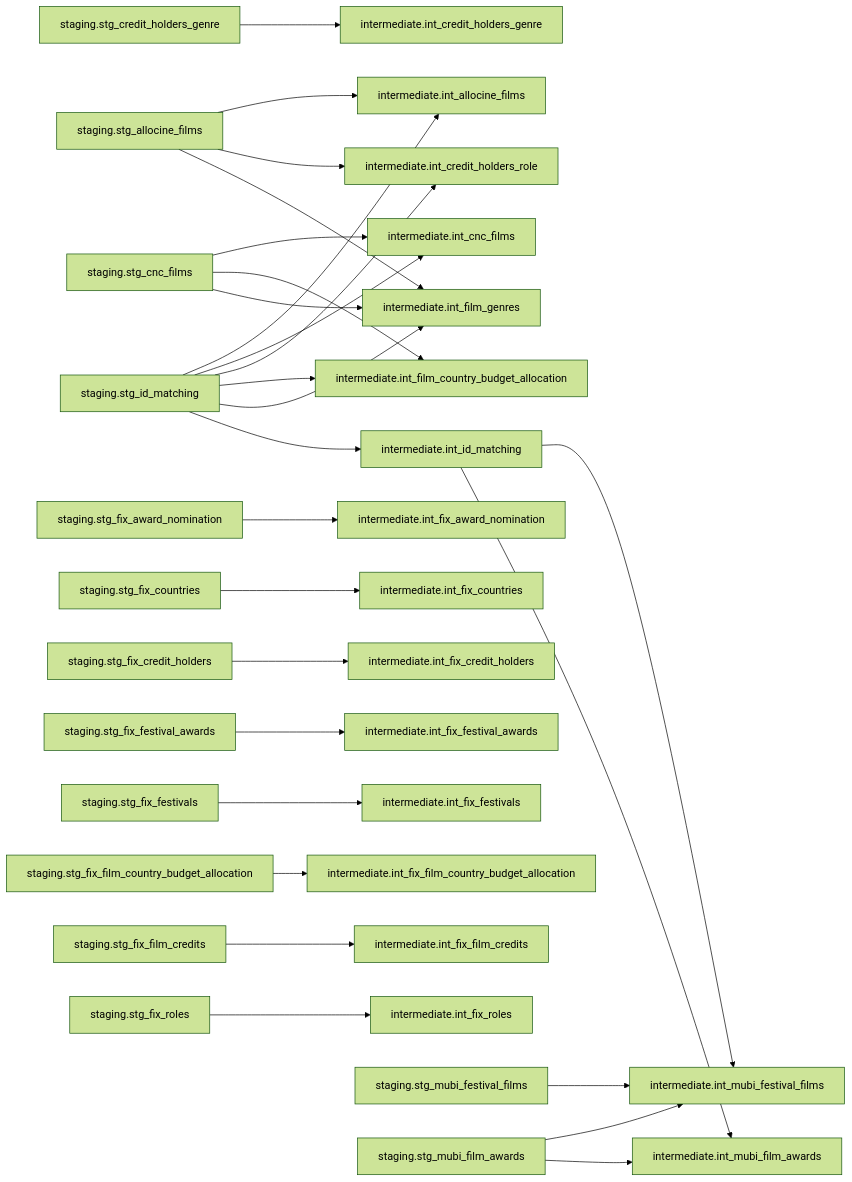
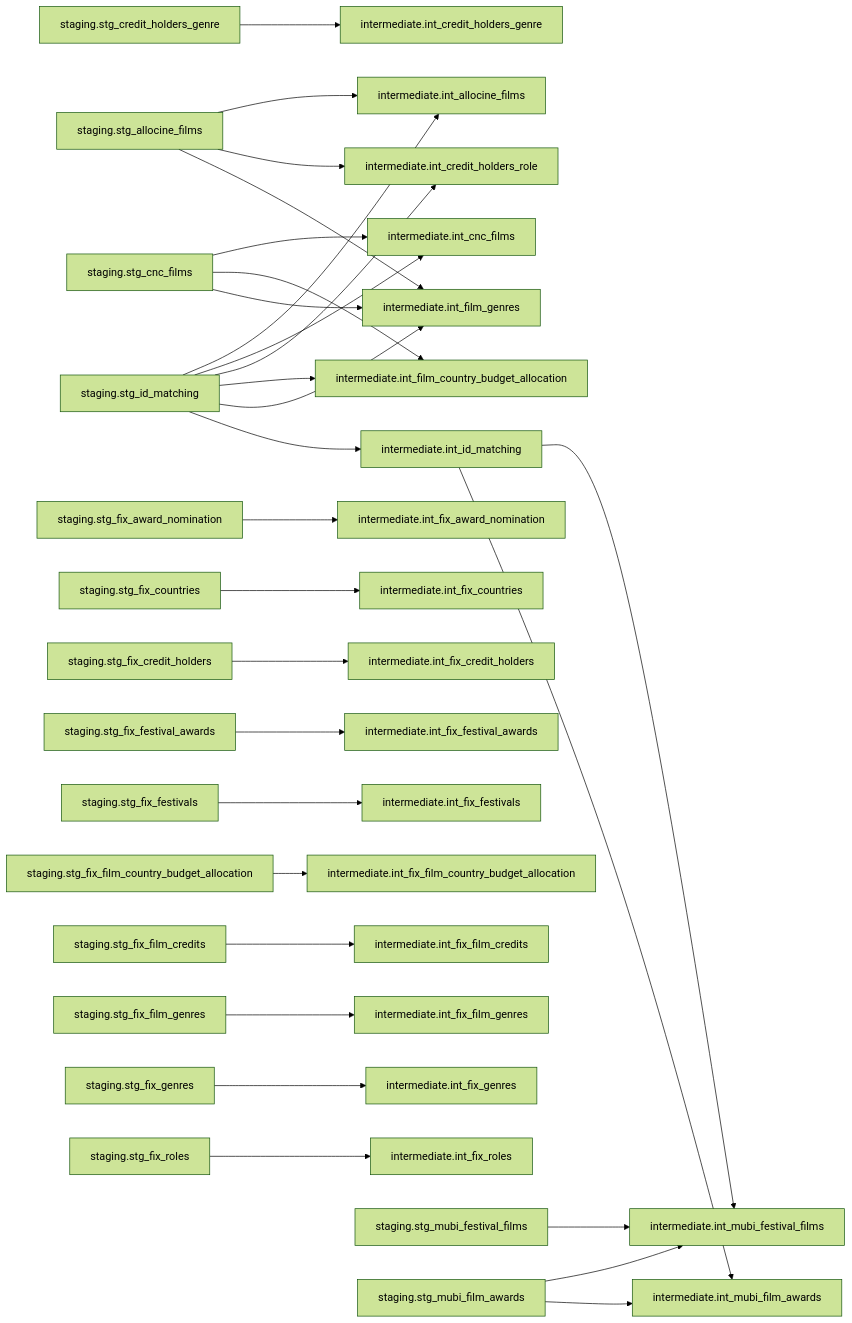
Before and after one commit to Le-Collectif-50-50/cinestats-5050: the third of 5 diagrams in docs/dbt-lineage.md, drawn with Mermaid (forest theme). The commit also changed other lines of this file, not shown here.

````diff
--- a/docs/dbt-lineage.md
+++ b/docs/dbt-lineage.md
@@ -209,60 +233,66 @@
 ```mermaid
 flowchart LR
-  n9["intermediate.int_allocine_films"]
-  n10["intermediate.int_cnc_films"]
-  n11["intermediate.int_credit_holders_genre"]
-  n12["intermediate.int_credit_holders_role"]
-  n13["intermediate.int_film_country_budget_allocation"]
-  n14["intermediate.int_film_genres"]
-  n15["intermediate.int_fix_award_nomination"]
-  n16["intermediate.int_fix_countries"]
-  n17["intermediate.int_fix_credit_holders"]
-  n18["intermediate.int_fix_festival_awards"]
-  n19["intermediate.int_fix_festivals"]
-  n20["intermediate.int_fix_film_country_budget_allocation"]
-  n21["intermediate.int_fix_film_credits"]
-  n22["intermediate.int_fix_roles"]
-  n23["intermediate.int_id_matching"]
-  n24["intermediate.int_mubi_festival_films"]
-  n25["intermediate.int_mubi_film_awards"]
-  n26["staging.stg_allocine_films"]
-  n27["staging.stg_cnc_films"]
-  n28["staging.stg_credit_holders_genre"]
-  n29["staging.stg_fix_award_nomination"]
-  n30["staging.stg_fix_countries"]
-  n31["staging.stg_fix_credit_holders"]
-  n32["staging.stg_fix_festival_awards"]
-  n33["staging.stg_fix_festivals"]
-  n34["staging.stg_fix_film_country_budget_allocation"]
-  n35["staging.stg_fix_film_credits"]
-  n36["staging.stg_fix_roles"]
-  n37["staging.stg_id_matching"]
-  n38["staging.stg_mubi_festival_films"]
-  n39["staging.stg_mubi_film_awards"]
-  n23 --> n24
-  n23 --> n25
-  n26 --> n9
-  n26 --> n12
-  n26 --> n14
-  n27 --> n10
-  n27 --> n13
-  n27 --> n14
-  n28 --> n11
-  n29 --> n15
+  n11["intermediate.int_allocine_films"]
+  n12["intermediate.int_cnc_films"]
+  n13["intermediate.int_credit_holders_genre"]
+  n14["intermediate.int_credit_holders_role"]
+  n15["intermediate.int_film_country_budget_allocation"]
+  n16["intermediate.int_film_genres"]
+  n17["intermediate.int_fix_award_nomination"]
+  n18["intermediate.int_fix_countries"]
+  n19["intermediate.int_fix_credit_holders"]
+  n20["intermediate.int_fix_festival_awards"]
+  n21["intermediate.int_fix_festivals"]
+  n22["intermediate.int_fix_film_country_budget_allocation"]
+  n23["intermediate.int_fix_film_credits"]
+  n24["intermediate.int_fix_film_genres"]
+  n25["intermediate.int_fix_genres"]
+  n26["intermediate.int_fix_roles"]
+  n27["intermediate.int_id_matching"]
+  n28["intermediate.int_mubi_festival_films"]
+  n29["intermediate.int_mubi_film_awards"]
+  n30["staging.stg_allocine_films"]
+  n31["staging.stg_cnc_films"]
+  n32["staging.stg_credit_holders_genre"]
+  n33["staging.stg_fix_award_nomination"]
+  n34["staging.stg_fix_countries"]
+  n35["staging.stg_fix_credit_holders"]
+  n36["staging.stg_fix_festival_awards"]
+  n37["staging.stg_fix_festivals"]
+  n38["staging.stg_fix_film_country_budget_allocation"]
+  n39["staging.stg_fix_film_credits"]
+  n40["staging.stg_fix_film_genres"]
+  n41["staging.stg_fix_genres"]
+  n42["staging.stg_fix_roles"]
+  n43["staging.stg_id_matching"]
+  n44["staging.stg_mubi_festival_films"]
+  n45["staging.stg_mubi_film_awards"]
+  n27 --> n28
+  n27 --> n29
+  n30 --> n11
+  n30 --> n14
   n30 --> n16
-  n31 --> n17
-  n32 --> n18
-  n33 --> n19
-  n34 --> n20
-  n35 --> n21
-  n36 --> n22
-  n37 --> n9
-  n37 --> n10
-  n37 --> n12
-  n37 --> n13
-  n37 --> n14
-  n37 --> n23
-  n38 --> n24
-  n39 --> n24
-  n39 --> n25
+  n31 --> n12
+  n31 --> n15
+  n31 --> n16
+  n32 --> n13
+  n33 --> n17
+  n34 --> n18
+  n35 --> n19
+  n36 --> n20
+  n37 --> n21
+  n38 --> n22
+  n39 --> n23
+  n40 --> n24
+  n41 --> n25
+  n42 --> n26
+  n43 --> n11
+  n43 --> n12
+  n43 --> n14
+  n43 --> n15
+  n43 --> n16
+  n43 --> n27
+  n44 --> n28
+  n45 --> n28
+  n45 --> n29
 ```
````
